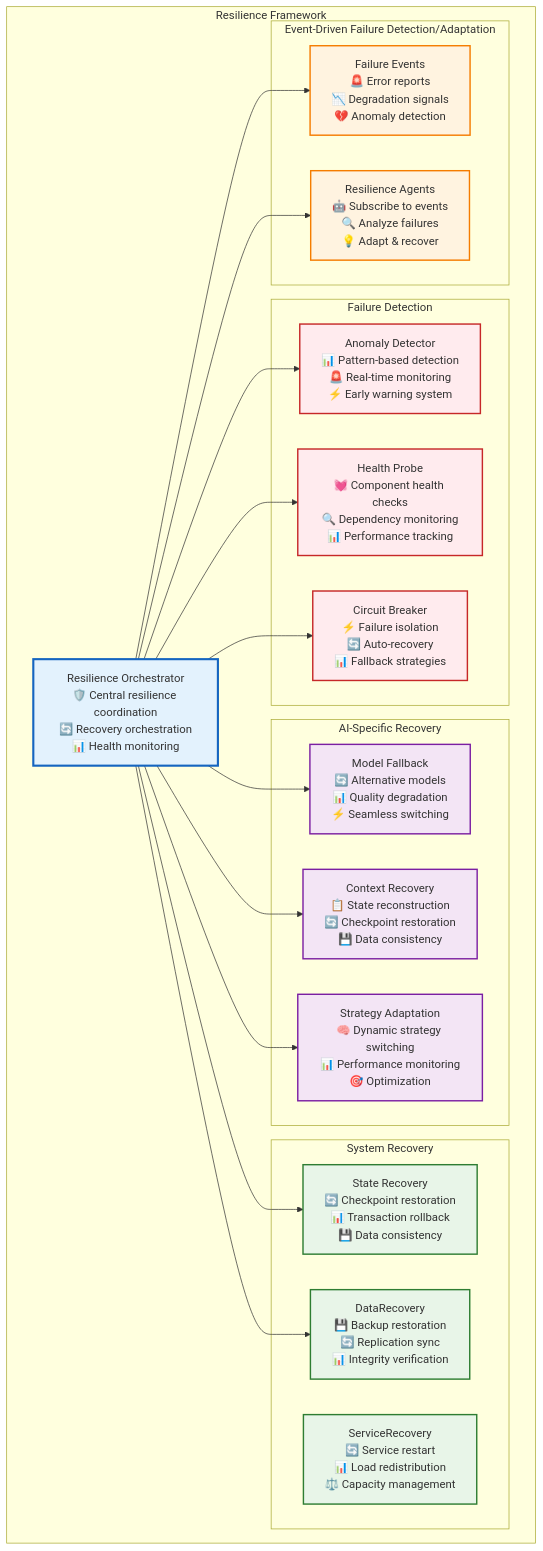
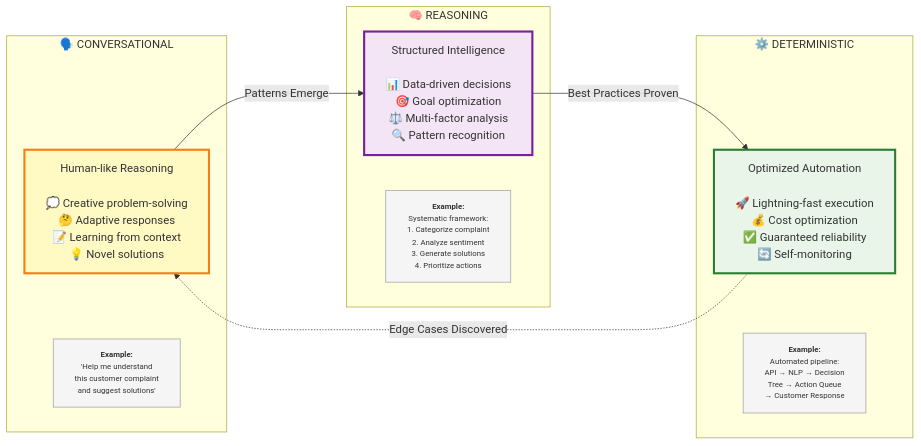
Before and after one commit to Vrooli/Vrooli: the fourth of 6 diagrams in docs/architecture/execution/README.md, drawn with Mermaid. The commit also changed other lines of this file and 10 other files, not shown here.

````diff
--- a/docs/architecture/execution/README.md
+++ b/docs/architecture/execution/README.md
@@ -270,52 +130,31 @@
 ```mermaid
-graph TB
-    subgraph "Resilience Framework"
-        ResilienceOrchestrator[Resilience Orchestrator<br/>🛡️ Central resilience coordination<br/>🔄 Recovery orchestration<br/>📊 Health monitoring]
-        
-        subgraph "Failure Detection"
-            AnomalyDetector[Anomaly Detector<br/>📊 Pattern-based detection<br/>🚨 Real-time monitoring<br/>⚡ Early warning system]
-            HealthProbe[Health Probe<br/>💓 Component health checks<br/>🔍 Dependency monitoring<br/>📊 Performance tracking]
-            CircuitBreaker[Circuit Breaker<br/>⚡ Failure isolation<br/>🔄 Auto-recovery<br/>📊 Fallback strategies]
-        end
-        
-        subgraph "AI-Specific Recovery"
-            ModelFallback[Model Fallback<br/>🔄 Alternative models<br/>📊 Quality degradation<br/>⚡ Seamless switching]
-            ContextRecovery[Context Recovery<br/>📋 State reconstruction<br/>🔄 Checkpoint restoration<br/>💾 Data consistency]
-            StrategyAdaptation[Strategy Adaptation<br/>🧠 Dynamic strategy switching<br/>📊 Performance monitoring<br/>🎯 Optimization]
-        end
-        
-        subgraph "System Recovery"
-            StateRecovery[State Recovery<br/>🔄 Checkpoint restoration<br/>📊 Transaction rollback<br/>💾 Data consistency]
-            ServiceRecovery[ServiceRecovery<br/>🔄 Service restart<br/>📊 Load redistribution<br/>⚖️ Capacity management]
-            DataRecovery[DataRecovery<br/>💾 Backup restoration<br/>🔄 Replication sync<br/>📊 Integrity verification]
-        end
-        
-        subgraph "Event-Driven Failure Detection/Adaptation"
-            FailureEvents[Failure Events<br/>🚨 Error reports<br/>📉 Degradation signals<br/>💔 Anomaly detection]
-            ResilienceAgents[Resilience Agents<br/>🤖 Subscribe to events<br/>🔍 Analyze failures<br/>💡 Adapt & recover]
-        end
+graph LR
+    subgraph "🗣️ CONVERSATIONAL"
+        C1[Human-like Reasoning<br><br>💭 Creative problem-solving<br>🤔 Adaptive responses<br>📝 Learning from context<br>💡 Novel solutions]
+        C1_Ex["<b>Example:</b><br>'Help me understand<br>this customer complaint<br>and suggest solutions'"]
     end
-    
-    ResilienceOrchestrator --> AnomalyDetector
-    ResilienceOrchestrator --> HealthProbe
-    ResilienceOrchestrator --> CircuitBreaker
-    ResilienceOrchestrator --> ModelFallback
-    ResilienceOrchestrator --> ContextRecovery
-    ResilienceOrchestrator --> StrategyAdaptation
-    ResilienceOrchestrator --> StateRecovery
-    ResilienceOrchestrator --> DataRecovery
-    ResilienceOrchestrator --> FailureEvents
-    ResilienceOrchestrator --> ResilienceAgents
-    
-    classDef orchestrator fill:#e3f2fd,stroke:#1565c0,stroke-width:3px
-    classDef detection fill:#ffebee,stroke:#c62828,stroke-width:2px
-    classDef aiRecovery fill:#f3e5f5,stroke:#7b1fa2,stroke-width:2px
-    classDef systemRecovery fill:#e8f5e8,stroke:#2e7d32,stroke-width:2px
-    classDef learning fill:#fff3e0,stroke:#f57c00,stroke-width:2px
-    
-    class ResilienceOrchestrator orchestrator
-    class AnomalyDetector,HealthProbe,CircuitBreaker detection
-    class ModelFallback,ContextRecovery,StrategyAdaptation aiRecovery
-    class StateRecovery,ServiceRecovery,DataRecovery systemRecovery
-    class FailureEvents,ResilienceAgents learning
+
+    subgraph "🧠 REASONING"
+        R1[Structured Intelligence<br><br>📊 Data-driven decisions<br>🎯 Goal optimization<br>⚖️ Multi-factor analysis<br>🔍 Pattern recognition]
+        R1_Ex["<b>Example:</b><br>Systematic framework:<br>1. Categorize complaint<br>2. Analyze sentiment<br>3. Generate solutions<br>4. Prioritize actions"]
+    end
+
+    subgraph "⚙️ DETERMINISTIC"
+        D1[Optimized Automation<br><br>🚀 Lightning-fast execution<br>💰 Cost optimization<br>✅ Guaranteed reliability<br>🔄 Self-monitoring]
+        D1_Ex["<b>Example:</b><br>Automated pipeline:<br>API → NLP → Decision<br>Tree → Action Queue<br>→ Customer Response"]
+    end
+
+    C1 -->|"Patterns Emerge"| R1
+    R1 -->|"Best Practices Proven"| D1
+    D1 -.->|"Edge Cases Discovered"| C1
+
+    classDef conv fill:#fff9c4,stroke:#f57f17,stroke-width:3px
+    classDef reason fill:#f3e5f5,stroke:#7b1fa2,stroke-width:3px
+    classDef determ fill:#e8f5e8,stroke:#2e7d32,stroke-width:3px
+    classDef example fill:#f5f5f5,stroke:#9e9e9e,stroke-width:1px,font-size:11px
+
+    class C1 conv
+    class R1 reason
+    class D1 determ
+    class C1_Ex,R1_Ex,D1_Ex example
 ```
````
